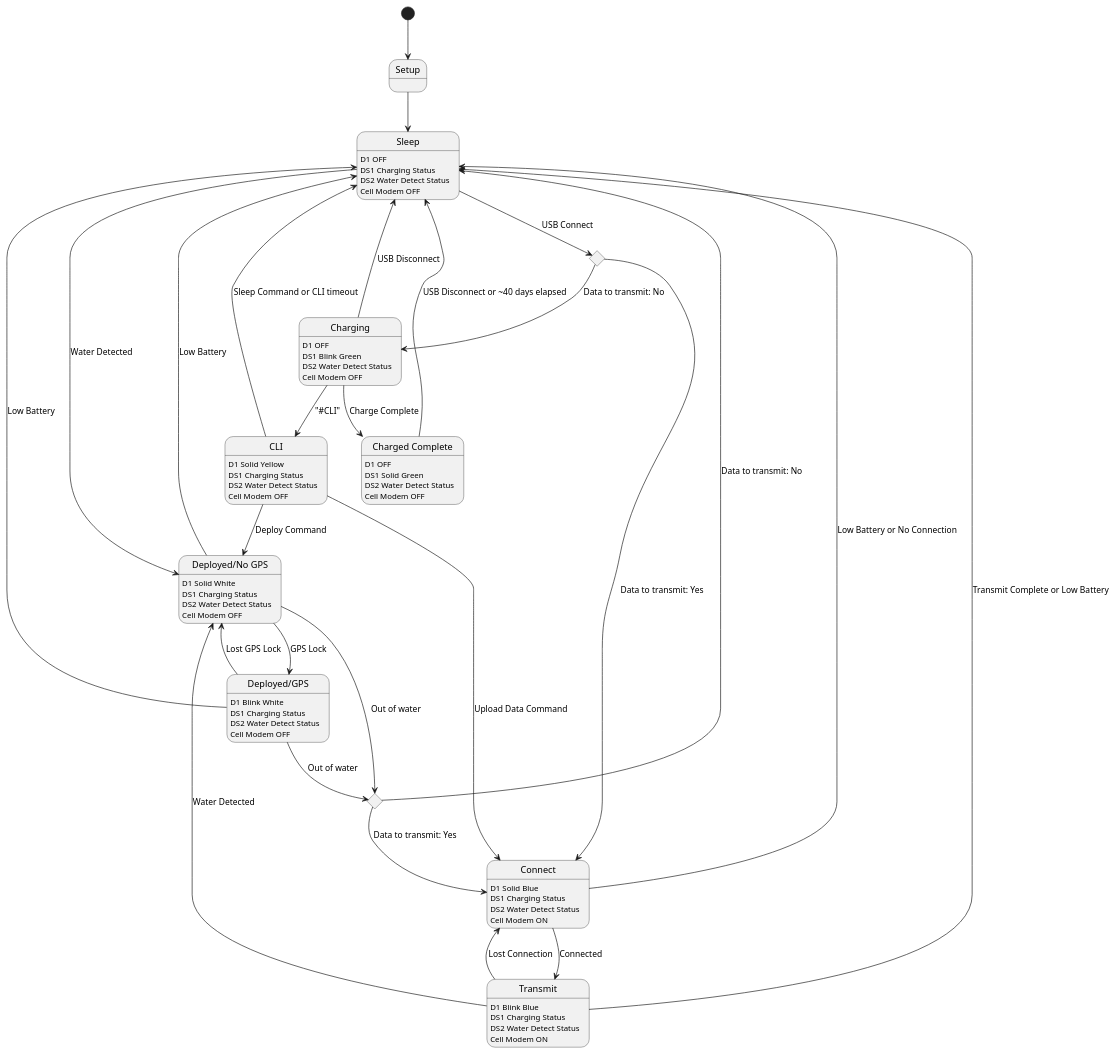
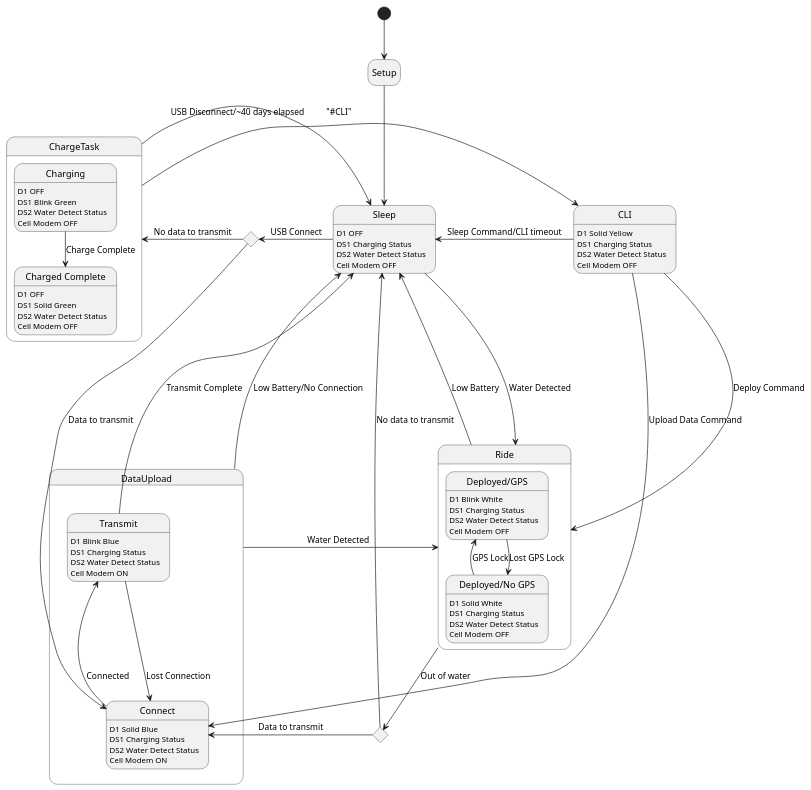
Before and after one commit to UCSD-E4E/smartfin-fw3: the diagram in docs/fw_flow.puml, drawn with PlantUML.

Commit message:
docs: Updated diagram

```diff
--- a/docs/fw_flow.puml
+++ b/docs/fw_flow.puml
@@ -1,75 +1,83 @@
 @startuml Firmware Flowchart
+hide empty description
+
 Sleep: D1 OFF
 Sleep: DS1 Charging Status
 Sleep: DS2 Water Detect Status
 Sleep: Cell Modem OFF
 
-Connect: D1 Solid Blue
-Connect: DS1 Charging Status
-Connect: DS2 Water Detect Status
-Connect: Cell Modem ON
+state DataUpload {
+    Connect: D1 Solid Blue
+    Connect: DS1 Charging Status
+    Connect: DS2 Water Detect Status
+    Connect: Cell Modem ON
 
-state "Charged Complete" as charge_complete
-charge_complete: D1 OFF
-charge_complete: DS1 Solid Green
-charge_complete: DS2 Water Detect Status
-charge_complete: Cell Modem OFF
+    Transmit: D1 Blink Blue
+    Transmit: DS1 Charging Status
+    Transmit: DS2 Water Detect Status
+    Transmit: Cell Modem ON
+}
 
-state "Deployed/No GPS" as deployed_nogps
-deployed_nogps: D1 Solid White
-deployed_nogps: DS1 Charging Status
-deployed_nogps: DS2 Water Detect Status
-deployed_nogps: Cell Modem OFF
+state Ride {
+    state "Deployed/No GPS" as deployed_nogps
+    deployed_nogps: D1 Solid White
+    deployed_nogps: DS1 Charging Status
+    deployed_nogps: DS2 Water Detect Status
+    deployed_nogps: Cell Modem OFF
 
-Transmit: D1 Blink Blue
-Transmit: DS1 Charging Status
-Transmit: DS2 Water Detect Status
-Transmit: Cell Modem ON
+    state "Deployed/GPS" as deployed_gps
+    deployed_gps: D1 Blink White
+    deployed_gps: DS1 Charging Status
+    deployed_gps: DS2 Water Detect Status
+    deployed_gps: Cell Modem OFF
 
-Charging: D1 OFF
-Charging: DS1 Blink Green
-Charging: DS2 Water Detect Status
-Charging: Cell Modem OFF
+}
+
+
+state ChargeTask {
+    state "Charged Complete" as charge_complete
+    charge_complete: D1 OFF
+    charge_complete: DS1 Solid Green
+    charge_complete: DS2 Water Detect Status
+    charge_complete: Cell Modem OFF
+
+    Charging: D1 OFF
+    Charging: DS1 Blink Green
+    Charging: DS2 Water Detect Status
+    Charging: Cell Modem OFF
+}
 
 state "CLI" as CLI
 CLI: D1 Solid Yellow
 CLI: DS1 Charging Status
 CLI: DS2 Water Detect Status
 CLI: Cell Modem OFF
 
-state "Deployed/GPS" as deployed_gps
-deployed_gps: D1 Blink White
-deployed_gps: DS1 Charging Status
-deployed_gps: DS2 Water Detect Status
-deployed_gps: Cell Modem OFF
-
 state choice1 <<choice>>
 state choice2 <<choice>>
-[*] --> Setup
-Setup --> Sleep
-Sleep --> choice1 : USB Connect
-Sleep --> deployed_nogps : Water Detected
-choice1 --> Connect : Data to transmit: Yes
-choice1 --> Charging : Data to transmit: No
-deployed_nogps --> Sleep : Low Battery
-deployed_nogps --> choice2 : Out of water
-deployed_nogps --> deployed_gps : GPS Lock
-Connect --> Transmit : Connected
-Connect --> Sleep : Low Battery or No Connection
-Charging --> charge_complete : Charge Complete
-Charging --> Sleep : USB Disconnect
-Charging --> CLI : "#CLI"
-choice2 --> Connect : Data to transmit: Yes
-choice2 --> Sleep : Data to transmit: No
-deployed_gps --> choice2 : Out of water
-deployed_gps --> Sleep : Low Battery
-deployed_gps --> deployed_nogps : Lost GPS Lock
-charge_complete --> Sleep : USB Disconnect or ~40 days elapsed
-CLI --> Connect : Upload Data Command
-CLI --> deployed_nogps : Deploy Command
-CLI --> Sleep : Sleep Command or CLI timeout
-Transmit --> deployed_nogps : Water Detected
-Transmit --> Sleep : Transmit Complete or Low Battery
-Transmit --> Connect : Lost Connection
+[*] -d-> Setup
+Setup -d-> Sleep
+Sleep -d-> Ride : Water Detected
+deployed_nogps -u-> deployed_gps : GPS Lock
+deployed_gps -d-> deployed_nogps : Lost GPS Lock
+Ride -d-> choice2 : Out of water
+choice2 -d-> Connect : Data to transmit
+Connect -u-> Transmit : Connected
+Transmit -u-> Sleep : Transmit Complete
+
+Sleep -l-> choice1 : USB Connect
+choice1 -d-> Connect : Data to transmit
+choice1 -l-> ChargeTask : No data to transmit
+Charging -d-> charge_complete : Charge Complete
+ChargeTask --r--> CLI : "#CLI"
+CLI -d--> Connect : Upload Data Command
+CLI -d--> Ride : Deploy Command
+CLI -l--> Sleep : Sleep Command/CLI timeout
+choice2 -u-> Sleep : No data to transmit
+DataUpload -u-> Sleep : Low Battery/No Connection
+Ride -l-> Sleep : Low Battery
+ChargeTask -r-> Sleep : USB Disconnect/~40 days elapsed
+DataUpload -r-> Ride : Water Detected
+Transmit -d-> Connect : Lost Connection
 
 @enduml
```
